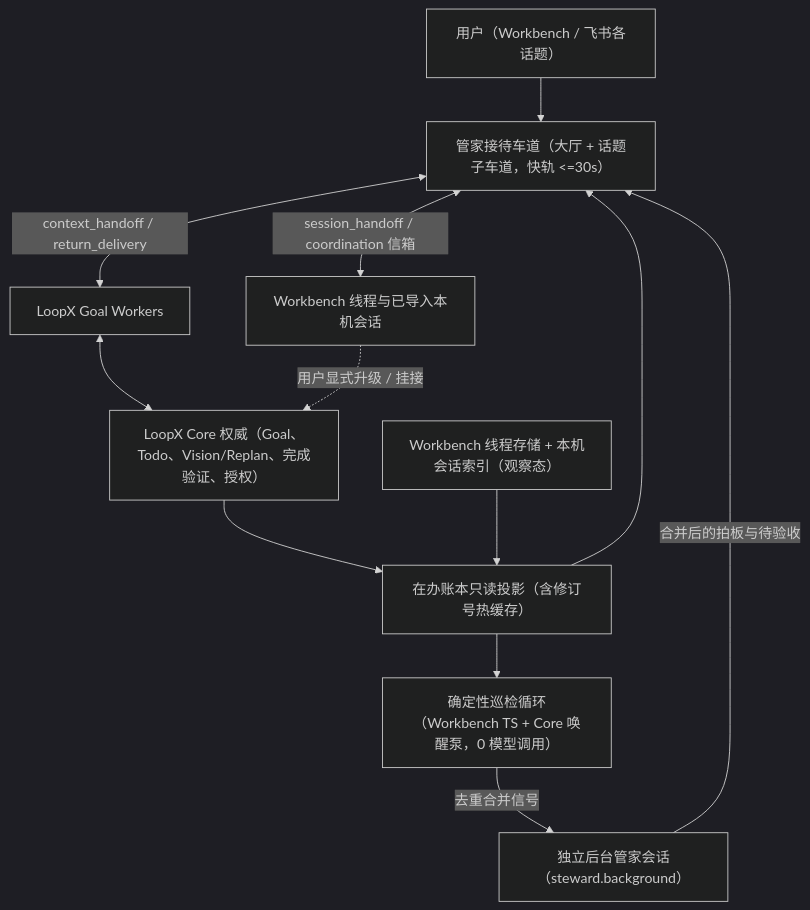
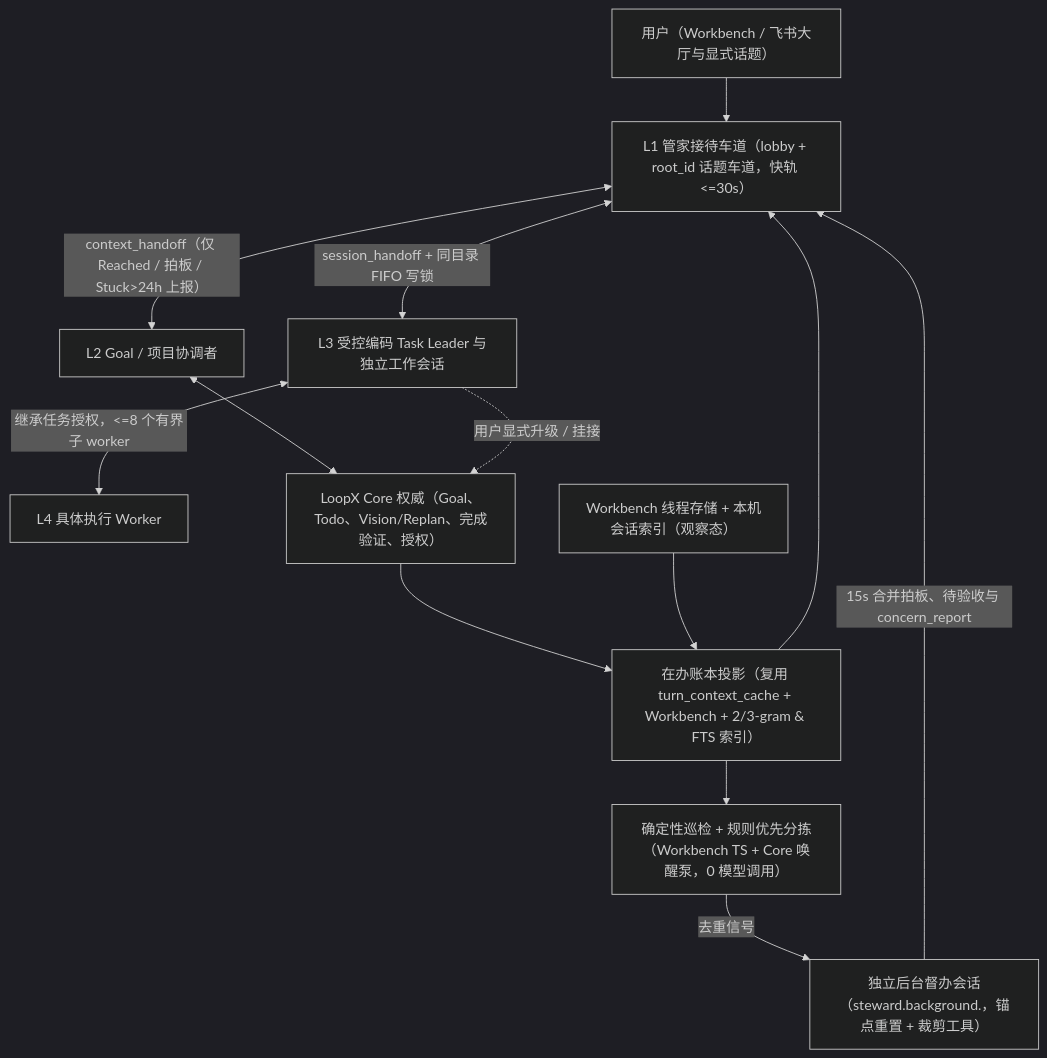
Before and after one commit to loopx-project/loopx: the diagram in docs/architecture/rfcs/steward-unified-entry-v0.zh-CN.md, drawn with Mermaid (dark theme). The commit also changed other lines of this file and 2 other files, not shown here.

````diff
--- a/docs/architecture/rfcs/steward-unified-entry-v0.zh-CN.md
+++ b/docs/architecture/rfcs/steward-unified-entry-v0.zh-CN.md
@@ -111,14 +111,15 @@
 ```mermaid
 flowchart TB
-  U["用户（Workbench / 飞书各话题）"] --> L["管家接待车道（大厅 + 话题子车道，快轨 <=30s）"]
-  L <-->|"context_handoff / return_delivery"| GW["LoopX Goal Workers"]
-  L <-->|"session_handoff / coordination 信箱"| SW["Workbench 线程与已导入本机会话"]
-  BG["独立后台管家会话（steward.background）"] -->|"合并后的拍板与待验收"| L
-  WL["确定性巡检循环（Workbench TS + Core 唤醒泵，0 模型调用）"] -->|"去重合并信号"| BG
-  LED["在办账本只读投影（含修订号热缓存）"] --> L
+  U["用户（Workbench / 飞书大厅与显式话题）"] --> L["L1 管家接待车道（lobby + root_id 话题车道，快轨 <=30s）"]
+  L <-->|"context_handoff（仅 Reached / 拍板 / Stuck>24h 上报）"| GC["L2 Goal / 项目协调者"]
+  L <-->|"session_handoff + 同目录 FIFO 写锁"| TL["L3 受控编码 Task Leader 与独立工作会话"]
+  TL <-->|"继承任务授权，<=8 个有界子 worker"| W["L4 具体执行 Worker"]
+  BG["独立后台督办会话（steward.background.<binding_id>，锚点重置 + 裁剪工具）"] -->|"15s 合并拍板、待验收与 concern_report"| L
+  WL["确定性巡检 + 规则优先分拣（Workbench TS + Core 唤醒泵，0 模型调用）"] -->|"去重信号"| BG
+  LED["在办账本投影（复用 turn_context_cache + Workbench + 2/3-gram & FTS 索引）"] --> L
   LED --> WL
   CORE["LoopX Core 权威（Goal、Todo、Vision/Replan、完成验证、授权）"] --> LED
   IDX["Workbench 线程存储 + 本机会话索引（观察态）"] --> LED
-  GW <--> CORE
-  SW -.->|"用户显式升级 / 挂接"| CORE
+  GC <--> CORE
+  TL -.->|"用户显式升级 / 挂接"| CORE
 ```
````
